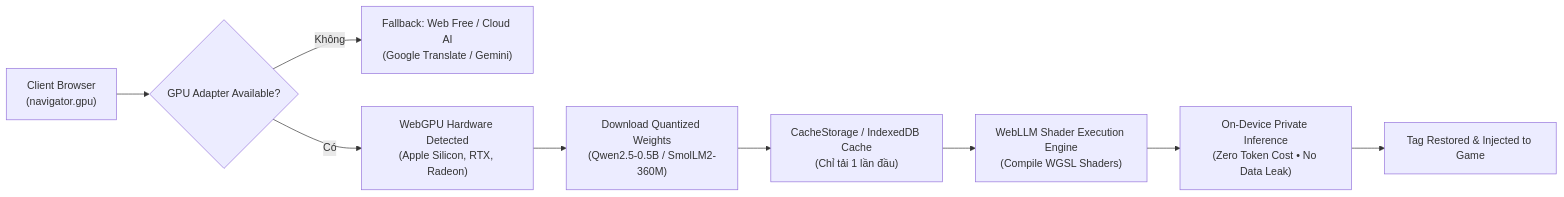
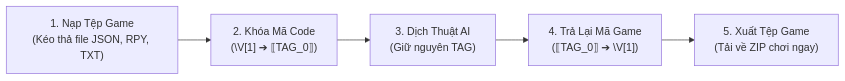
One commit to kiet02/WEBK changed the diagram in docs/phases/phase-1-game-translation-platform.md. Above: the diagram before and after it, drawn with Mermaid. The commit also changed other lines of this file and 34 other files, not shown here.

````diff
--- a/docs/phases/phase-1-game-translation-platform.md
+++ b/docs/phases/phase-1-game-translation-platform.md
@@ -156,13 +40,7 @@
 ```mermaid
 flowchart LR
-    A["Client Browser\n(navigator.gpu)"] --> B{"GPU Adapter Available?"}
-    B -->|"Không"| C["Fallback: Web Free / Cloud AI\n(Google Translate / Gemini)"]
-    B -->|"Có"| D["WebGPU Hardware Detected\n(Apple Silicon, RTX, Radeon)"]
-    
-    D --> E["Download Quantized Weights\n(Qwen2.5-0.5B / SmolLM2-360M)"]
-    E --> F["CacheStorage / IndexedDB Cache\n(Chỉ tải 1 lần đầu)"]
-    F --> G["WebLLM Shader Execution Engine\n(Compile WGSL Shaders)"]
-    
-    G --> H["On-Device Private Inference\n(Zero Token Cost • No Data Leak)"]
-    H --> I["Tag Restored & Injected to Game"]
+    A["1. Nạp Tệp Game\n(Kéo thả file JSON, RPY, TXT)"] --> B["2. Khóa Mã Code\n(\V[1] ➔ ⟦TAG_0⟧)"]
+    B --> C["3. Dịch Thuật AI\n(Giữ nguyên TAG)"]
+    C --> D["4. Trả Lại Mã Game\n(⟦TAG_0⟧ ➔ \V[1])"]
+    D --> E["5. Xuất Tệp Game\n(Tải về ZIP chơi ngay)"]
 ```
````
